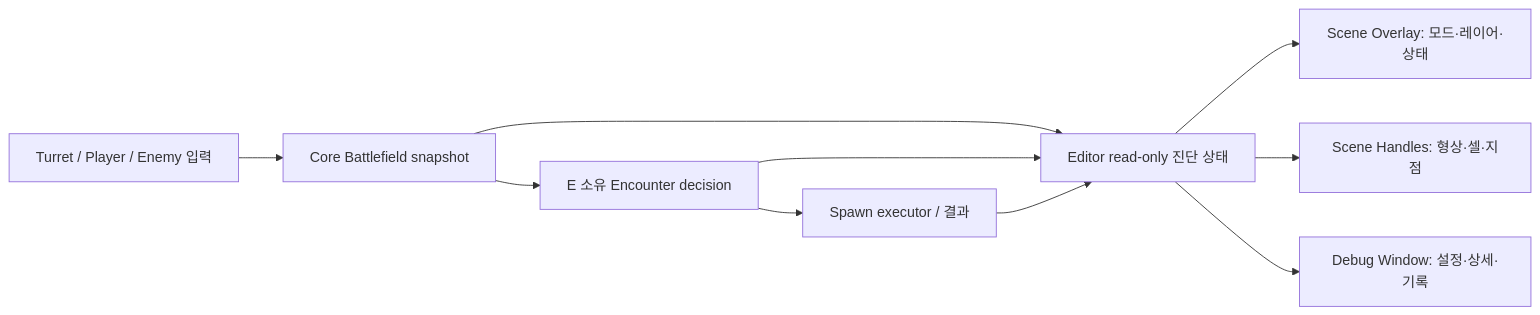
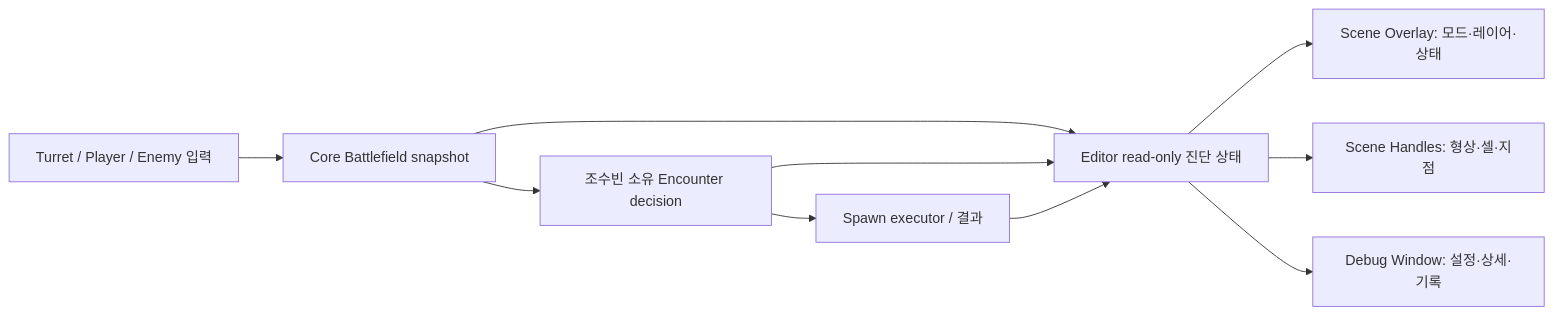
Before and after one commit to Team-HJD-21/unity-6-the-developer: the diagram in Docs/planning/2026-10-08-stage1-phase2-integration-and-visual-diagnostics.md, drawn with Mermaid. The commit also changed other lines of this file and 26 other files, not shown here.

````diff
--- a/Docs/planning/2026-10-08-stage1-phase2-integration-and-visual-diagnostics.md
+++ b/Docs/planning/2026-10-08-stage1-phase2-integration-and-visual-diagnostics.md
@@ -58,12 +58,12 @@
 ```mermaid
 flowchart LR
     T[Turret / Player / Enemy 입력] --> B[Core Battlefield snapshot]
-    B --> E[E 소유 Encounter decision]
+    B --> E[조수빈 소유 Encounter decision]
     E --> X[Spawn executor / 결과]
     B --> R[Editor read-only 진단 상태]
     E --> R
     X --> R
     R --> O[Scene Overlay: 모드·레이어·상태]
     R --> H[Scene Handles: 형상·셀·지점]
     R --> W[Debug Window: 설정·상세·기록]
 ```
````
